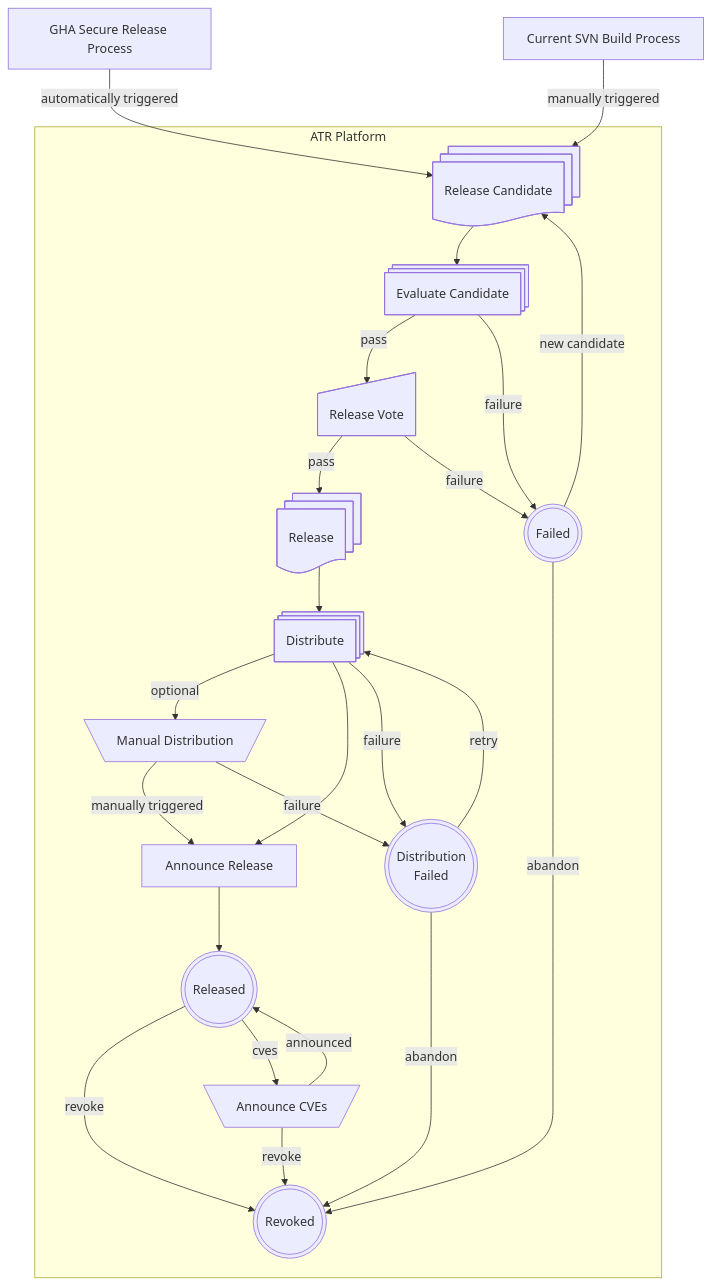
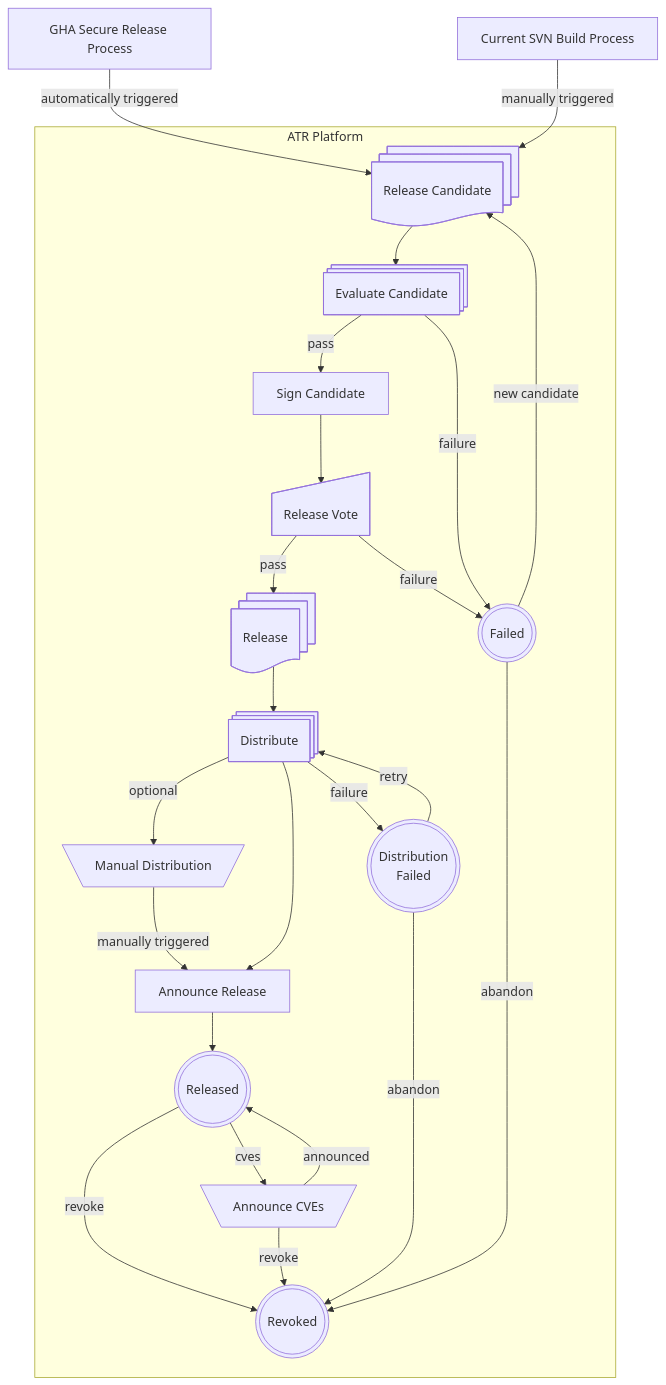
Before and after one commit to jbampton/tooling-docs: the diagram in apache-trusted-release/lifecycle.md, drawn with Mermaid. The commit also changed other lines of this file, not shown here.

Commit message:
added sign candidate step

````diff
--- a/apache-trusted-release/lifecycle.md
+++ b/apache-trusted-release/lifecycle.md
@@ -3,41 +3,42 @@
 ```mermaid
 flowchart TD
     A[GHA Secure Release Process]
     B[Current SVN Build Process]
     C@{ shape: docs, label: "Release Candidate" }
     A -->|automatically triggered| C
     B -->|manually triggered| C
     subgraph ATR Platform
     D@{ shape: processes, label: "Evaluate Candidate" }
+    DD@{ shape: process, label: "Sign Candidate" }
     C --> D
     E@{ shape: sl-rect, label: "Release Vote" }
     F@{ shape: dbl-circ, label: "Failed" }
     FF@{ shape: dbl-circ, label: "Distribution\nFailed" }
-    D -->|pass| E
+    D -->|pass| DD
+    DD --> E
     D -->|failure| F
     F -->|new candidate| C
     F -->|abandon| K
     FF -->|retry| G
     FF -->|abandon| K
     G@{ shape: processes, label: "Distribute" }
     E -->|pass| JJ
     E -->|failure| F
     H@{ shape: trap-t, label: "Manual Distribution" }
     G -->|optional| H
     I[Announce Release]
     G --> I
     G -->|failure| FF
     H -->|manually triggered| I
-    H -->|failure| FF
     J@{ shape: dbl-circ, label: "Released" }
     JJ@{ shape: docs, label: "Release" }
     JJ --> G
     I --> J
     K@{ shape: dbl-circ, label: "Revoked" }
     L@{ shape: trap-t, label: "Announce CVEs" }
     J -->|revoke| K
     J -->|cves| L
     L -->|announced| J
     L -->|revoke| K
     end
 ```
````
